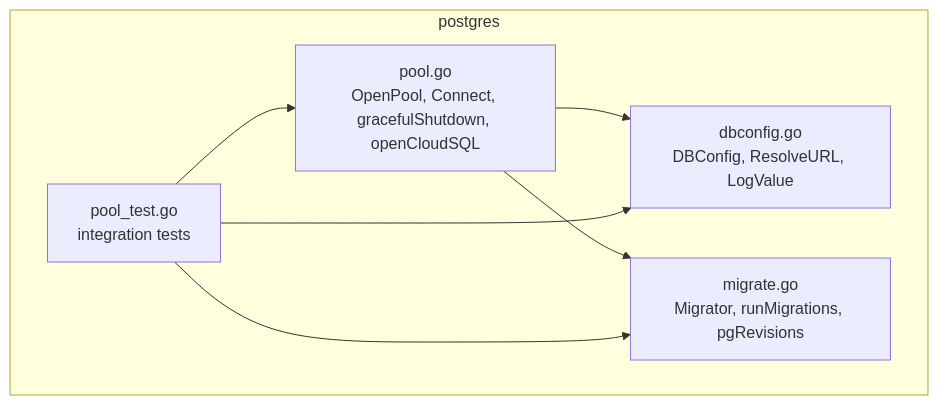
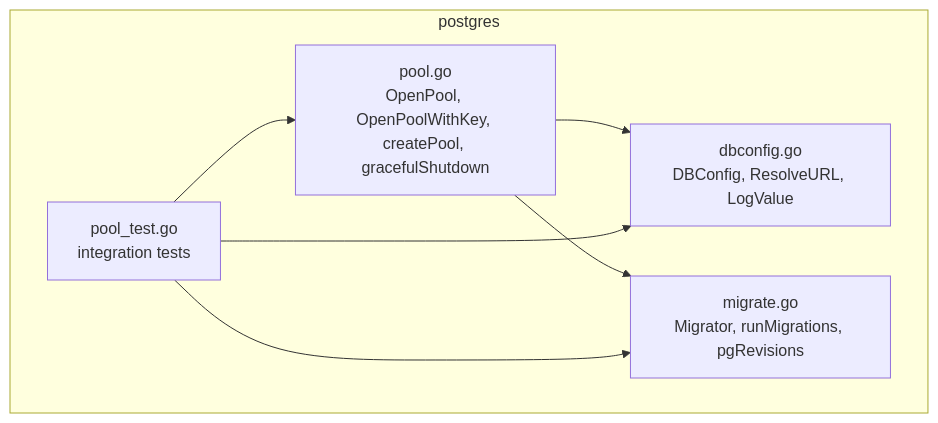
The first of 4 diagrams in .qoder/repowiki/en/content/PostgreSQL Utilities Module/Connection Pooling.md (visdomtech/orcacommon), drawn with Mermaid before and after one commit. The commit also changed other lines of this file and 3 other files, not shown here.

````diff
--- a/.qoder/repowiki/en/content/PostgreSQL Utilities Module/Connection Pooling.md
+++ b/.qoder/repowiki/en/content/PostgreSQL Utilities Module/Connection Pooling.md
@@ -30,14 +40,14 @@
 ```mermaid
 graph TB
 subgraph "postgres"
-A["pool.go<br/>OpenPool, Connect, gracefulShutdown, openCloudSQL"]
+A["pool.go<br/>OpenPool, OpenPoolWithKey, createPool, gracefulShutdown"]
 B["dbconfig.go<br/>DBConfig, ResolveURL, LogValue"]
 C["migrate.go<br/>Migrator, runMigrations, pgRevisions"]
 T["pool_test.go<br/>integration tests"]
 end
 A --> B
 A --> C
 T --> A
 T --> B
 T --> C
 ```
````
